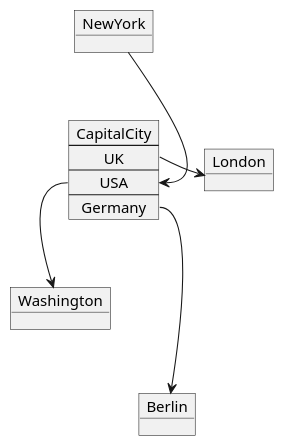
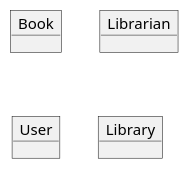
One commit to SalmaAzeem/library-system changed the diagram in diagrams/Domain Model.puml. Above: the diagram before and after it, drawn with PlantUML.

Commit message:
modify dm

```diff
--- a/diagrams/Domain Model.puml
+++ b/diagrams/Domain Model.puml
@@ -1,16 +1,8 @@
 @startuml
 'https://plantuml.com/object-diagram
+object Book
+object Librarian
+object User
+object Library
 
-object London
-object Washington
-object Berlin
-object NewYork
-
-map CapitalCity {
- UK *-> London
- USA *--> Washington
- Germany *---> Berlin
-}
-
-NewYork --> CapitalCity::USA
 @enduml
```
